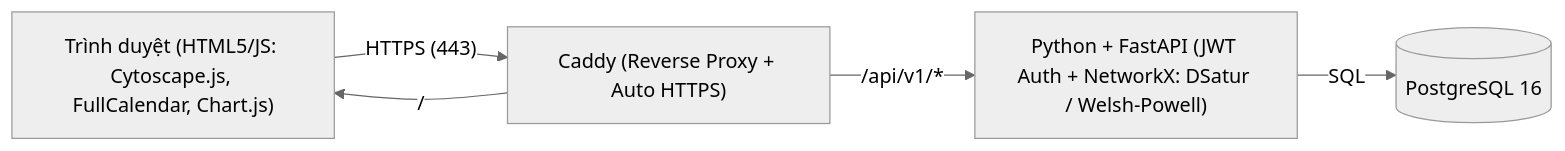
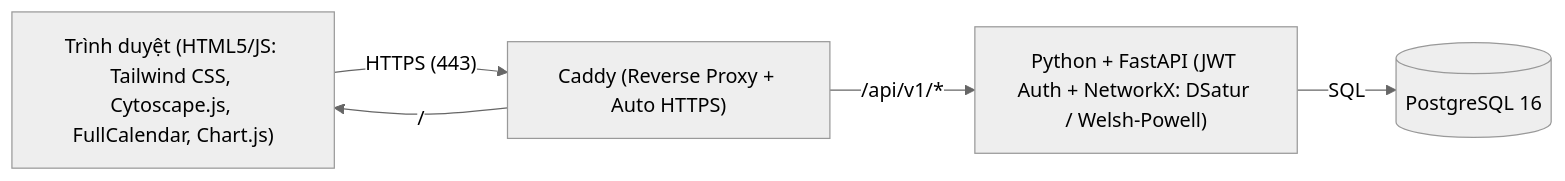
The diagram in docs/07. Technology stack.md (phattvh/GraphTheory_HTTPS), drawn with Mermaid (neutral theme) before and after one commit. The commit also changed other lines of this file, not shown here.

Commit message:
docs: add Tailwind CSS CDN to technology stack

````diff
--- a/docs/07. Technology stack.md
+++ b/docs/07. Technology stack.md
@@ -9,12 +9,12 @@
 ```mermaid
 flowchart LR
-    Client["Trình duyệt (HTML5/JS: Cytoscape.js, FullCalendar, Chart.js)"]
+    Client["Trình duyệt (HTML5/JS: Tailwind CSS, Cytoscape.js, FullCalendar, Chart.js)"]
     Caddy["Caddy (Reverse Proxy + Auto HTTPS)"]
     API["Python + FastAPI (JWT Auth + NetworkX: DSatur / Welsh-Powell)"]
     DB[("PostgreSQL 16")]
 
     Client -->|"HTTPS (443)"| Caddy
     Caddy -->|"/"| Client
     Caddy -->|"/api/v1/*"| API
     API -->|"SQL"| DB
 ```
````
